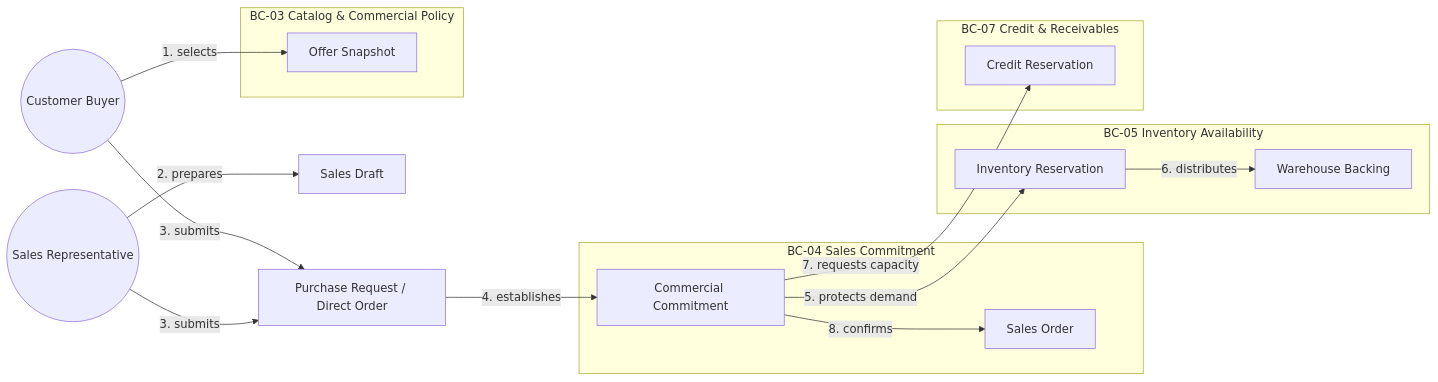
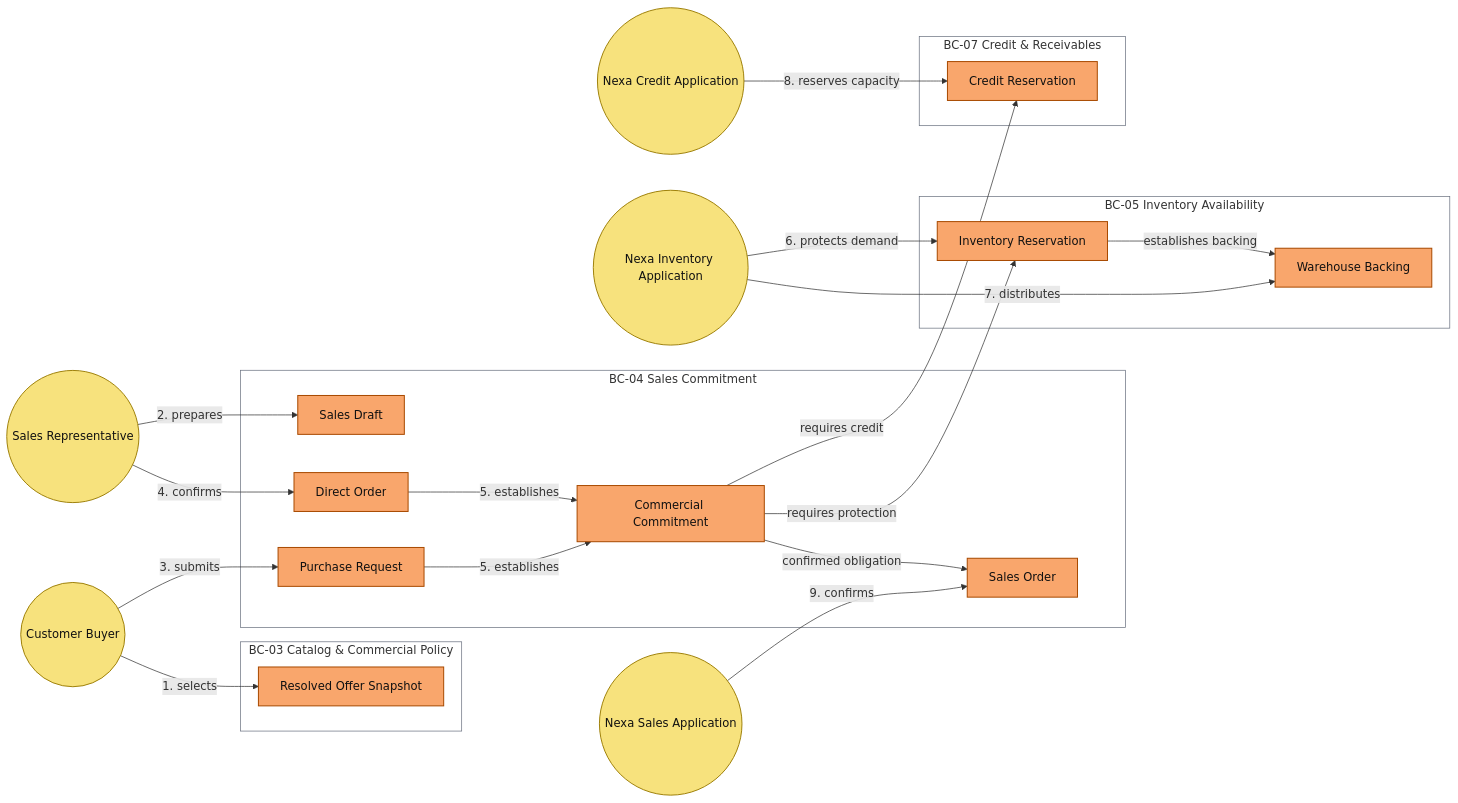
The diagram in report/assets/chapter-2/domain-storytelling/domain-story-02.mmd (nexa-suite/mobile-report), drawn with Mermaid before and after one commit. The commit also changed 26 other files, not shown here.

```diff
--- a/report/assets/chapter-2/domain-storytelling/domain-story-02.mmd
+++ b/report/assets/chapter-2/domain-storytelling/domain-story-02.mmd
@@ -1,24 +1,50 @@
 flowchart LR
-  buyer((Customer Buyer)) -->|1. selects| offer[Offer Snapshot]
-  sales((Sales Representative)) -->|2. prepares| draft[Sales Draft]
-  buyer -->|3. submits| request[Purchase Request / Direct Order]
-  sales -->|3. submits| request
-  subgraph commitment["BC-04 Sales Commitment"]
-    commitmentObj[Commercial Commitment]
-    order[Sales Order]
+  classDef actor fill:#F7E27D,stroke:#9A7B00,stroke-width:1.3px,color:#111
+  classDef work fill:#F9A66C,stroke:#A84A00,stroke-width:1.4px,color:#111
+
+  buyer((Customer Buyer)):::actor
+  salesRepresentative((Sales Representative)):::actor
+  salesApplication((Nexa Sales Application)):::actor
+  inventoryApplication((Nexa Inventory Application)):::actor
+  creditApplication((Nexa Credit Application)):::actor
+
+  subgraph bc03["BC-03 Catalog & Commercial Policy"]
+    offer["Resolved Offer Snapshot"]:::work
   end
-  subgraph catalog["BC-03 Catalog & Commercial Policy"]
-    offer
+
+  subgraph bc04["BC-04 Sales Commitment"]
+    draft["Sales Draft"]:::work
+    request["Purchase Request"]:::work
+    directOrder["Direct Order"]:::work
+    commitment["Commercial Commitment"]:::work
+    order["Sales Order"]:::work
   end
-  subgraph inventory["BC-05 Inventory Availability"]
-    reservation[Inventory Reservation]
-    backing[Warehouse Backing]
+
+  subgraph bc05["BC-05 Inventory Availability"]
+    reservation["Inventory Reservation"]:::work
+    backing["Warehouse Backing"]:::work
   end
-  subgraph credit["BC-07 Credit & Receivables"]
-    creditReservation[Credit Reservation]
+
+  subgraph bc07["BC-07 Credit & Receivables"]
+    creditReservation["Credit Reservation"]:::work
   end
-  request -->|4. establishes| commitmentObj
-  commitmentObj -->|5. protects demand| reservation
-  reservation -->|6. distributes| backing
-  commitmentObj -->|7. requests capacity| creditReservation
-  commitmentObj -->|8. confirms| order
+
+  buyer -->|1. selects| offer
+  salesRepresentative -->|2. prepares| draft
+  buyer -->|3. submits| request
+  salesRepresentative -->|4. confirms| directOrder
+  request -->|5. establishes| commitment
+  directOrder -->|5. establishes| commitment
+  inventoryApplication -->|6. protects demand| reservation
+  commitment -->|requires protection| reservation
+  inventoryApplication -->|7. distributes| backing
+  reservation -->|establishes backing| backing
+  creditApplication -->|8. reserves capacity| creditReservation
+  commitment -->|requires credit| creditReservation
+  salesApplication -->|9. confirms| order
+  commitment -->|confirmed obligation| order
+
+  style bc03 fill:none,stroke:#6B7280,stroke-width:1px
+  style bc04 fill:none,stroke:#6B7280,stroke-width:1px
+  style bc05 fill:none,stroke:#6B7280,stroke-width:1px
+  style bc07 fill:none,stroke:#6B7280,stroke-width:1px
```
